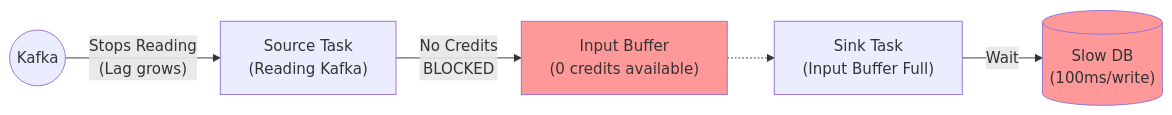
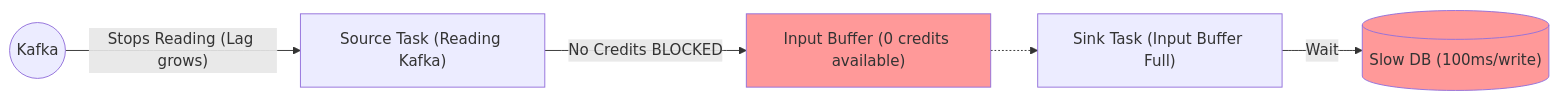
The fourth of 5 diagrams in Stream Processing/02_Apache_Flink.md (Anmol33/SystemDesign), drawn with Mermaid before and after one commit. The commit also changed other lines of this file and 7 other files, not shown here.

````diff
--- a/Stream Processing/02_Apache_Flink.md
+++ b/Stream Processing/02_Apache_Flink.md
@@ -190,11 +472,11 @@
 ```mermaid
 graph LR
-    DB[("Slow DB<br/>(100ms/write)")] 
-    Sink["Sink Task<br/>(Input Buffer Full)"] --"Wait"--> DB
-    Sink_Buf["Input Buffer<br/>(0 credits available)"] -.-> Sink
-    Source["Source Task<br/>(Reading Kafka)"] --"No Credits<br/>BLOCKED"--> Sink_Buf
-    Kafka(("Kafka")) --"Stops Reading<br/>(Lag grows)"--> Source
+    DB[("Slow DB (100ms/write)")] 
+    Sink["Sink Task (Input Buffer Full)"] --"Wait"--> DB
+    Sink_Buf["Input Buffer (0 credits available)"] -.-> Sink
+    Source["Source Task (Reading Kafka)"] --"No Credits BLOCKED"--> Sink_Buf
+    Kafka(("Kafka")) --"Stops Reading (Lag grows)"--> Source
     
     style Sink_Buf fill:#ff9999
     style DB fill:#ff9999
 ```
````
